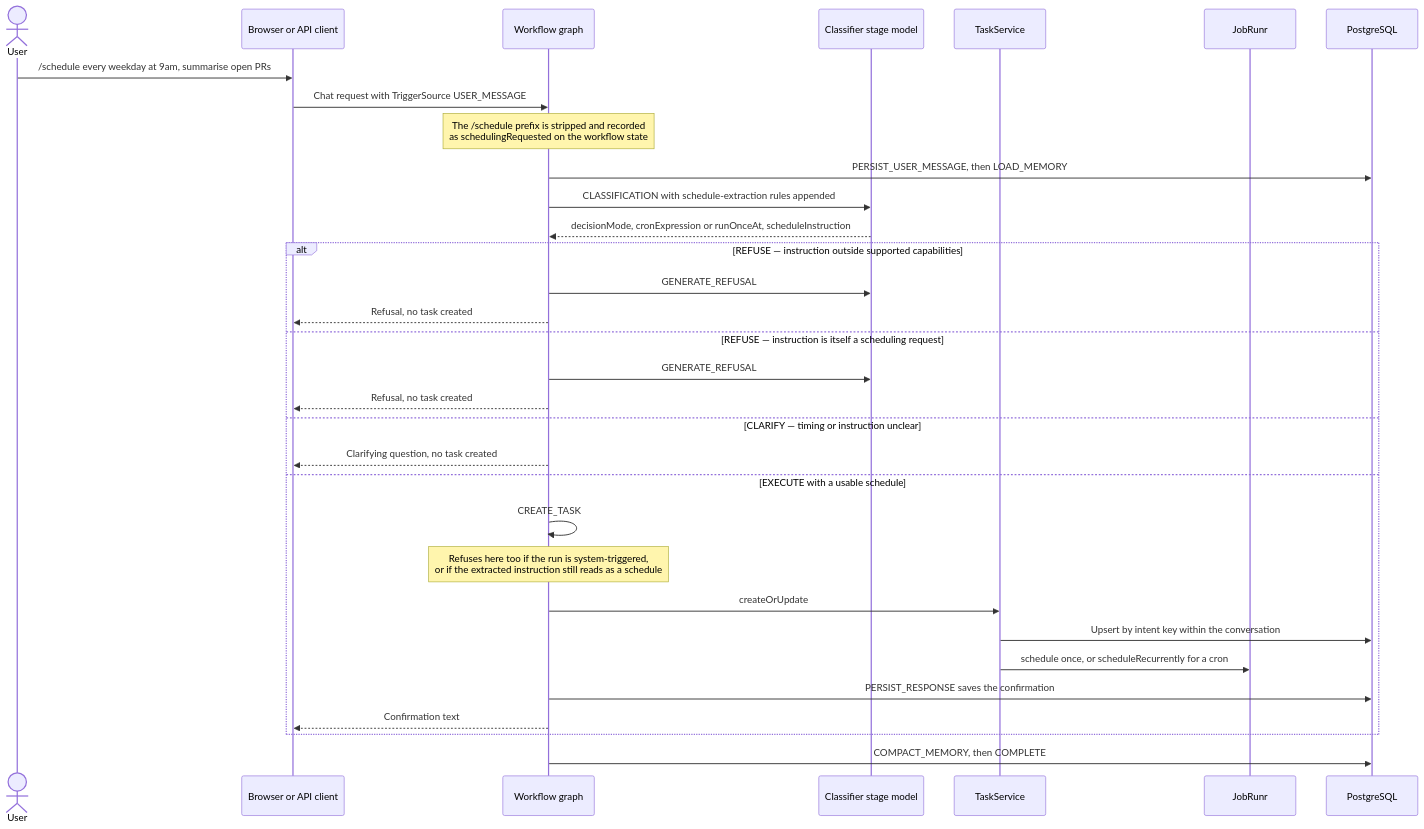
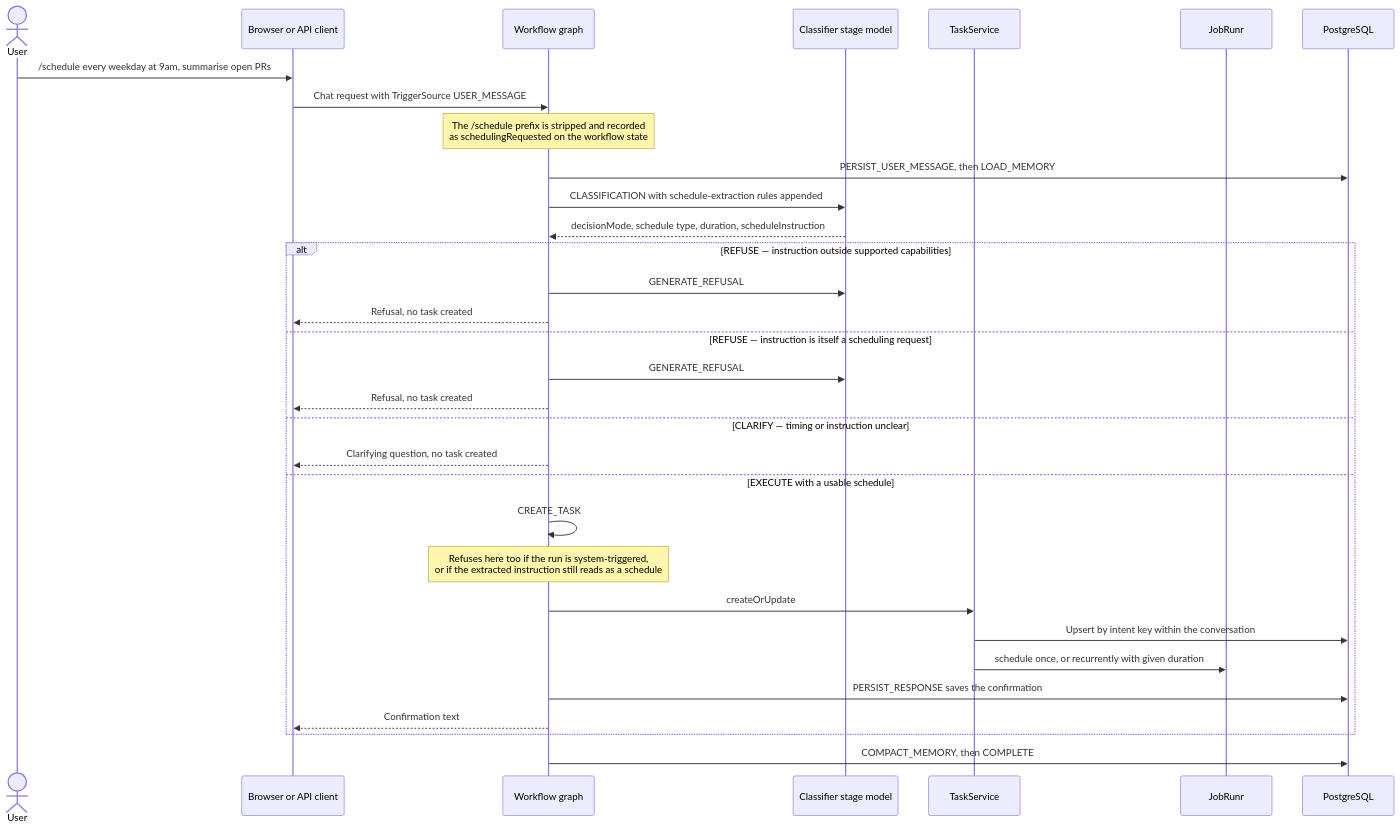
One commit to melmedany/workflow-ai changed the fourth of 5 diagrams in README.md. Above: the diagram before and after it, drawn with Mermaid. The commit also changed other lines of this file and 53 other files, not shown here.

````diff
--- a/README.md
+++ b/README.md
@@ -262,34 +262,34 @@
 ```mermaid
 sequenceDiagram
     actor User
     participant Client as Browser or API client
     participant Graph as Workflow graph
     participant LLM as Classifier stage model
     participant Tasks as TaskService
     participant Jobs as JobRunr
     participant DB as PostgreSQL
     User ->> Client: /schedule every weekday at 9am, summarise open PRs
     Client ->> Graph: Chat request with TriggerSource USER_MESSAGE
     Note over Graph: The /schedule prefix is stripped and recorded<br/>as schedulingRequested on the workflow state
     Graph ->> DB: PERSIST_USER_MESSAGE, then LOAD_MEMORY
     Graph ->> LLM: CLASSIFICATION with schedule-extraction rules appended
-    LLM -->> Graph: decisionMode, cronExpression or runOnceAt, scheduleInstruction
+    LLM -->> Graph: decisionMode, schedule type, duration, scheduleInstruction
     alt REFUSE — instruction outside supported capabilities
         Graph ->> LLM: GENERATE_REFUSAL
         Graph -->> Client: Refusal, no task created
     else REFUSE — instruction is itself a scheduling request
         Graph ->> LLM: GENERATE_REFUSAL
         Graph -->> Client: Refusal, no task created
     else CLARIFY — timing or instruction unclear
         Graph -->> Client: Clarifying question, no task created
     else EXECUTE with a usable schedule
         Graph ->> Graph: CREATE_TASK
         Note over Graph: Refuses here too if the run is system-triggered,<br/>or if the extracted instruction still reads as a schedule
         Graph ->> Tasks: createOrUpdate
         Tasks ->> DB: Upsert by intent key within the conversation
-        Tasks ->> Jobs: schedule once, or scheduleRecurrently for a cron
+        Tasks ->> Jobs: schedule once, or recurrently with given duration
         Graph ->> DB: PERSIST_RESPONSE saves the confirmation
         Graph -->> Client: Confirmation text
     end
     Graph ->> DB: COMPACT_MEMORY, then COMPLETE
 ```
````
